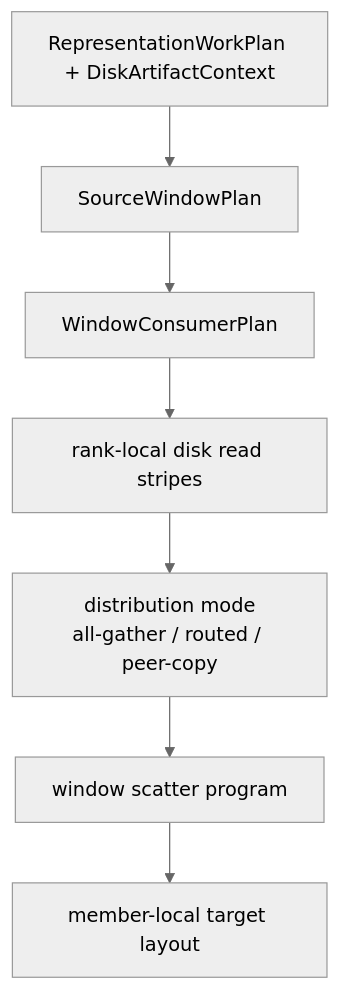
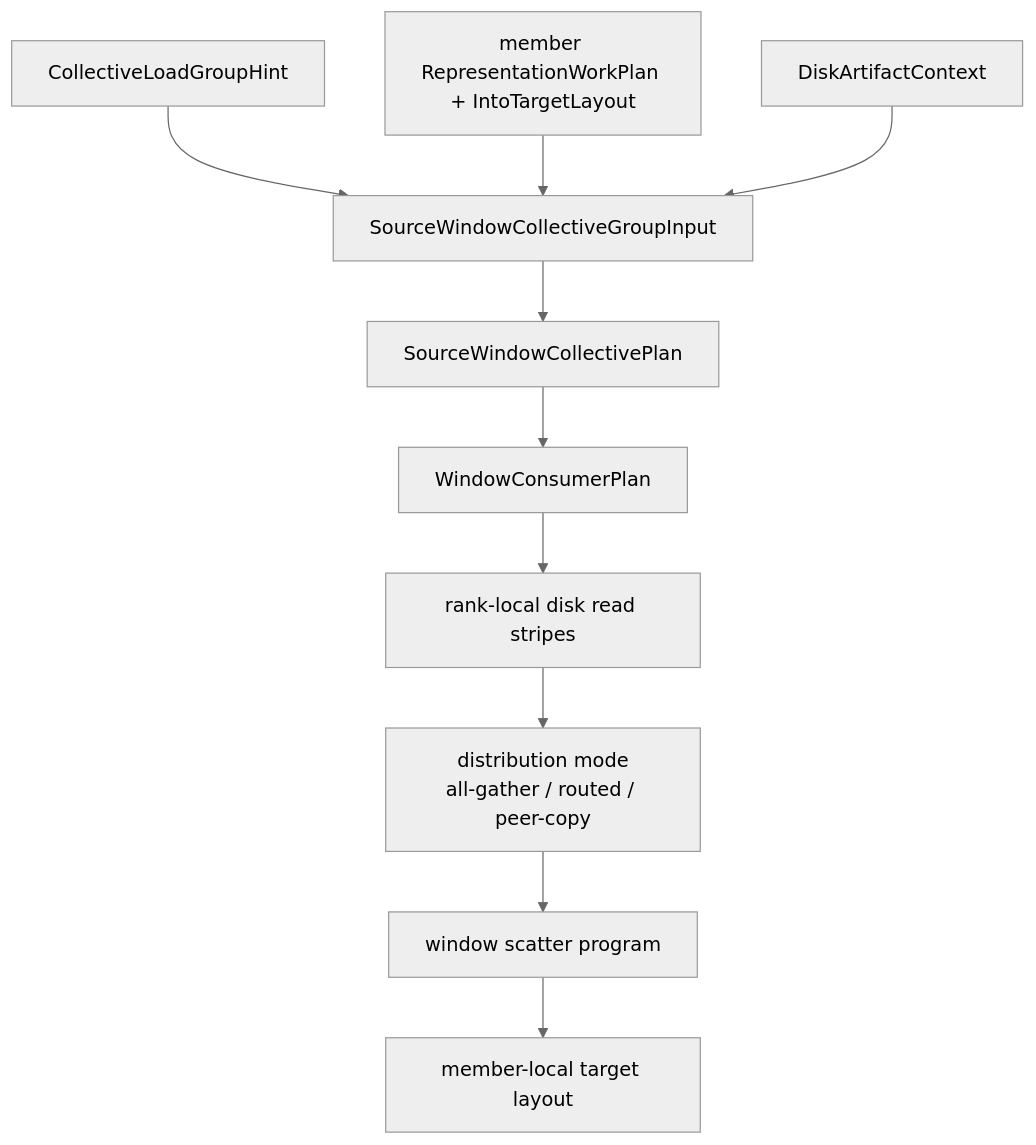
One commit to tensorcast-ai/tensorcast changed the second of 2 diagrams in docs/designs/0122-tp-source-window-collective-realization.md. Above: the diagram before and after it, drawn with Mermaid (neutral theme). The commit also changed other lines of this file and 54 other files, not shown here.

Commit message:
feat: add source-window collective materialization

````diff
--- a/docs/designs/0122-tp-source-window-collective-realization.md
+++ b/docs/designs/0122-tp-source-window-collective-realization.md
@@ -143,9 +558,12 @@
 ```mermaid
 flowchart TD
-  A["RepresentationWorkPlan + DiskArtifactContext"] --> B["SourceWindowPlan"]
-  B --> C["WindowConsumerPlan"]
-  C --> D["rank-local disk read stripes"]
-  D --> E["distribution mode<br>all-gather / routed / peer-copy"]
-  E --> F["window scatter program"]
-  F --> G["member-local target layout"]
+  A["CollectiveLoadGroupHint"] --> B["SourceWindowCollectiveGroupInput"]
+  C["member RepresentationWorkPlan + IntoTargetLayout"] --> B
+  D["DiskArtifactContext"] --> B
+  B --> E["SourceWindowCollectivePlan"]
+  E --> F["WindowConsumerPlan"]
+  F --> G["rank-local disk read stripes"]
+  G --> H["distribution mode<br>all-gather / routed / peer-copy"]
+  H --> I["window scatter program"]
+  I --> J["member-local target layout"]
 ```
````
